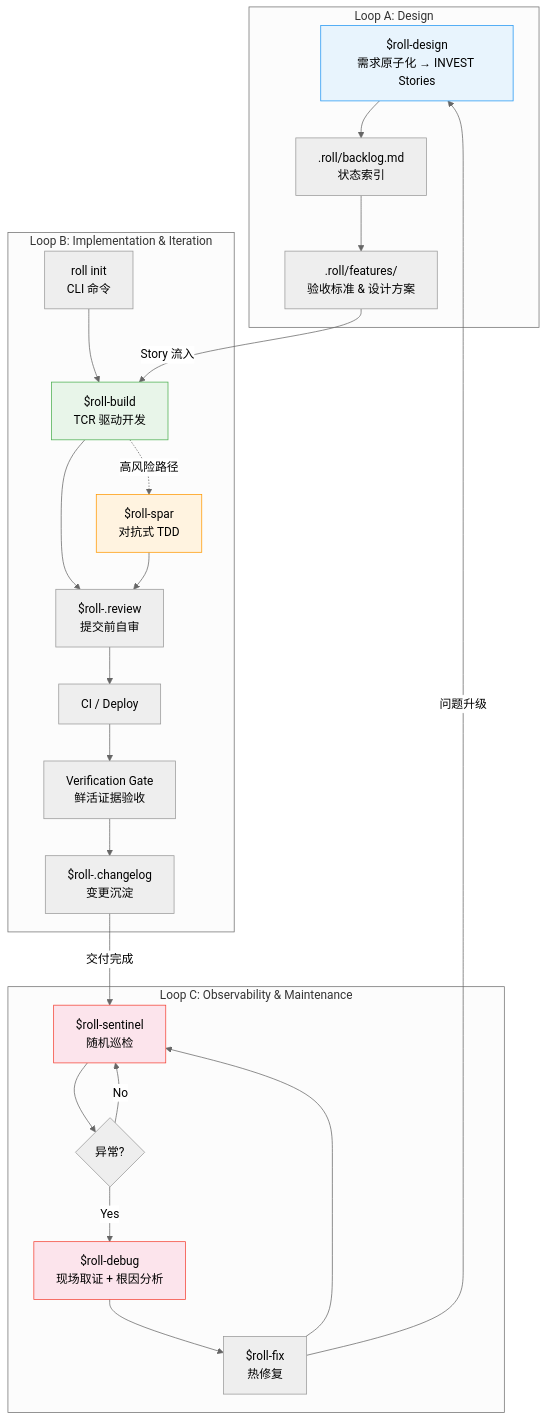
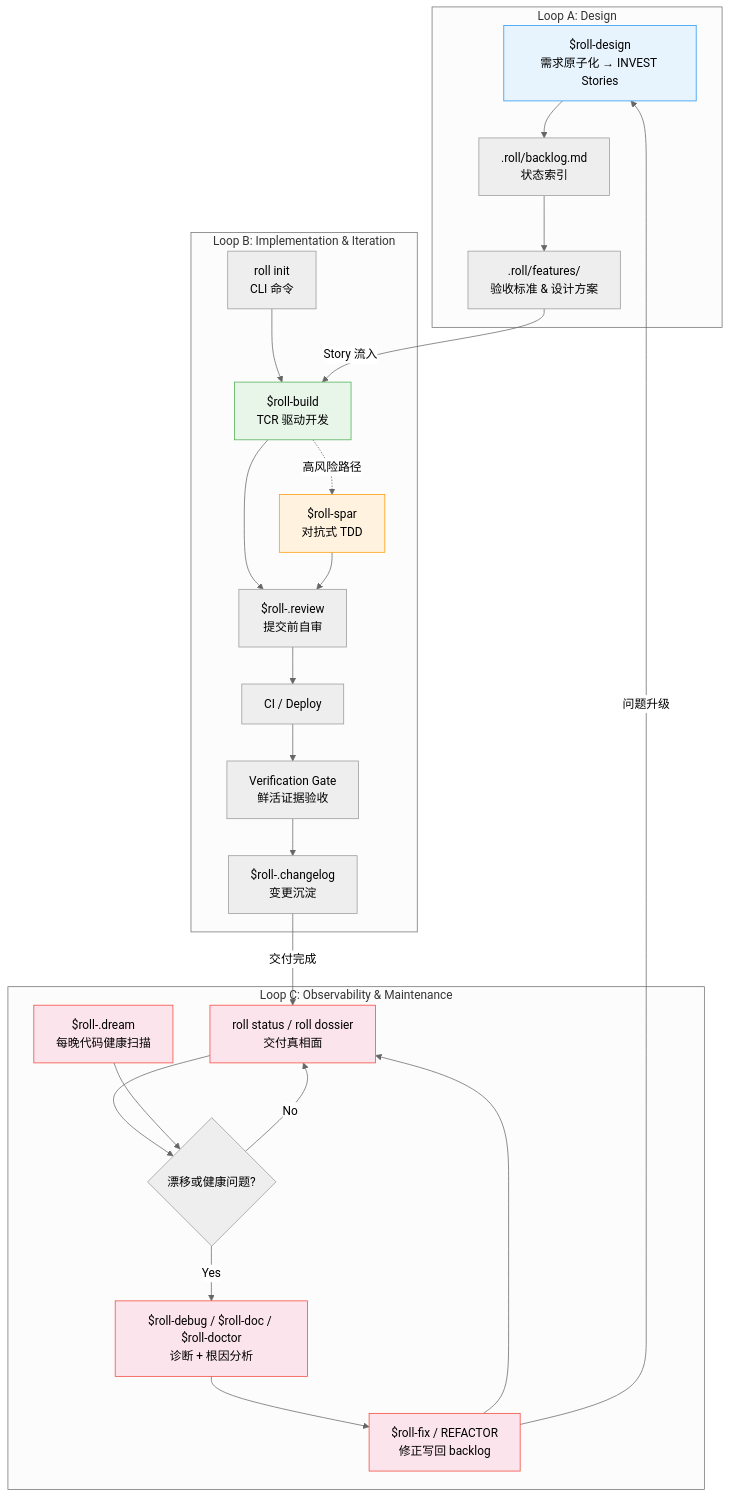
Before and after one commit to seanyao/roll: the first of 2 diagrams in guide/zh/methodology.md, drawn with Mermaid (neutral theme). The commit also changed other lines of this file and 19 other files, not shown here.

````diff
--- a/guide/zh/methodology.md
+++ b/guide/zh/methodology.md
@@ -24,35 +24,38 @@
 ```mermaid
 graph TB
     subgraph "Loop A: Design"
         A2["$roll-design<br/>需求原子化 → INVEST Stories"] --> A3[".roll/backlog.md<br/>状态索引"]
         A3 --> A4[".roll/features/<br/>验收标准 & 设计方案"]
     end
 
     subgraph "Loop B: Implementation & Iteration"
         B1["roll init<br/>CLI 命令"] --> B2["$roll-build<br/>TCR 驱动开发"]
         B2 --> B3["$roll-.review<br/>提交前自审"]
         B3 --> B4["CI / Deploy"]
         B4 --> B5["Verification Gate<br/>鲜活证据验收"]
         B5 --> B6["$roll-.changelog<br/>变更沉淀"]
         B2 -.->|高风险路径| B7["$roll-spar<br/>对抗式 TDD"]
         B7 --> B3
     end
 
     subgraph "Loop C: Observability & Maintenance"
-        C1["$roll-sentinel<br/>随机巡检"] --> C2{"异常?"}
-        C2 -->|Yes| C3["$roll-debug<br/>现场取证 + 根因分析"]
-        C3 --> C5["$roll-fix<br/>热修复"]
+        C1["roll status / roll dossier<br/>交付真相面"] --> C2{"漂移或健康问题?"}
+        C2 -->|Yes| C3["$roll-debug / $roll-doc / $roll-doctor<br/>诊断 + 根因分析"]
+        C3 --> C5["$roll-fix / REFACTOR<br/>修正写回 backlog"]
+        C6["$roll-.dream<br/>每晚代码健康扫描"] --> C2
         C5 --> C1
         C2 -->|No| C1
     end
 
     A4 -->|"Story 流入"| B2
     B6 -->|"交付完成"| C1
     C5 -->|"问题升级"| A2
 
     style A2 fill:#e8f4fd,stroke:#2196F3
     style B2 fill:#e8f5e9,stroke:#4CAF50
     style B7 fill:#fff3e0,stroke:#FF9800
     style C1 fill:#fce4ec,stroke:#F44336
     style C3 fill:#fce4ec,stroke:#F44336
+    style C5 fill:#fce4ec,stroke:#F44336
+    style C6 fill:#fce4ec,stroke:#F44336
 ```
````
